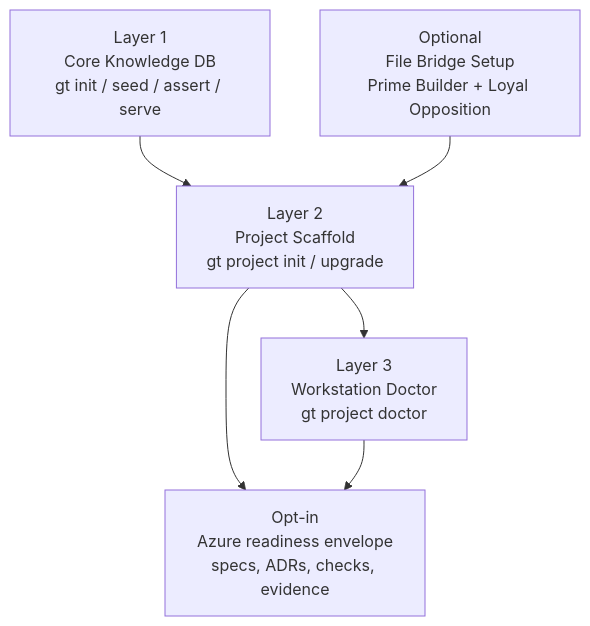
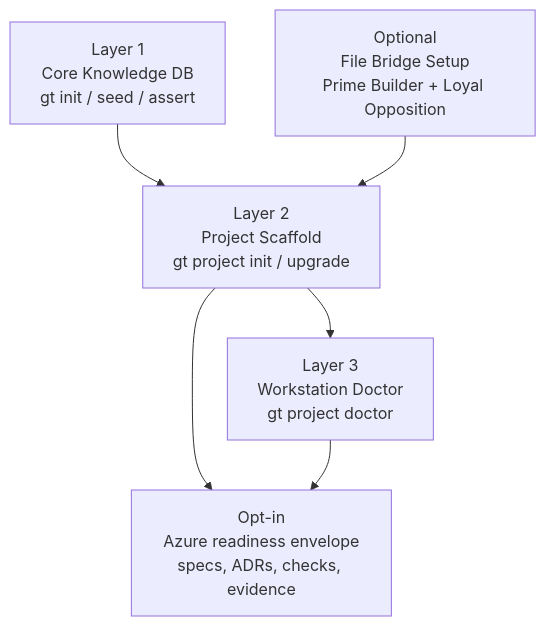
The first of 2 diagrams in groundtruth-kb/docs/index.md (Remaker-Digital/groundtruth-kb), drawn with Mermaid before and after one commit. The commit also changed other lines of this file and 1743 other files, not shown here.

````diff
--- a/groundtruth-kb/docs/index.md
+++ b/groundtruth-kb/docs/index.md
@@ -22,13 +22,13 @@
 ```mermaid
 flowchart TB
-    L1["Layer 1<br/>Core Knowledge DB<br/>gt init / seed / assert / serve"]
+    L1["Layer 1<br/>Core Knowledge DB<br/>gt init / seed / assert"]
     Bridge["Optional<br/>File Bridge Setup<br/>Prime Builder + Loyal Opposition"]
     L2["Layer 2<br/>Project Scaffold<br/>gt project init / upgrade"]
     L3["Layer 3<br/>Workstation Doctor<br/>gt project doctor"]
     Azure["Opt-in<br/>Azure readiness envelope<br/>specs, ADRs, checks, evidence"]
 
     L1 --> L2 --> L3
     Bridge --> L2
     L2 --> Azure
     L3 --> Azure
 ```
````
